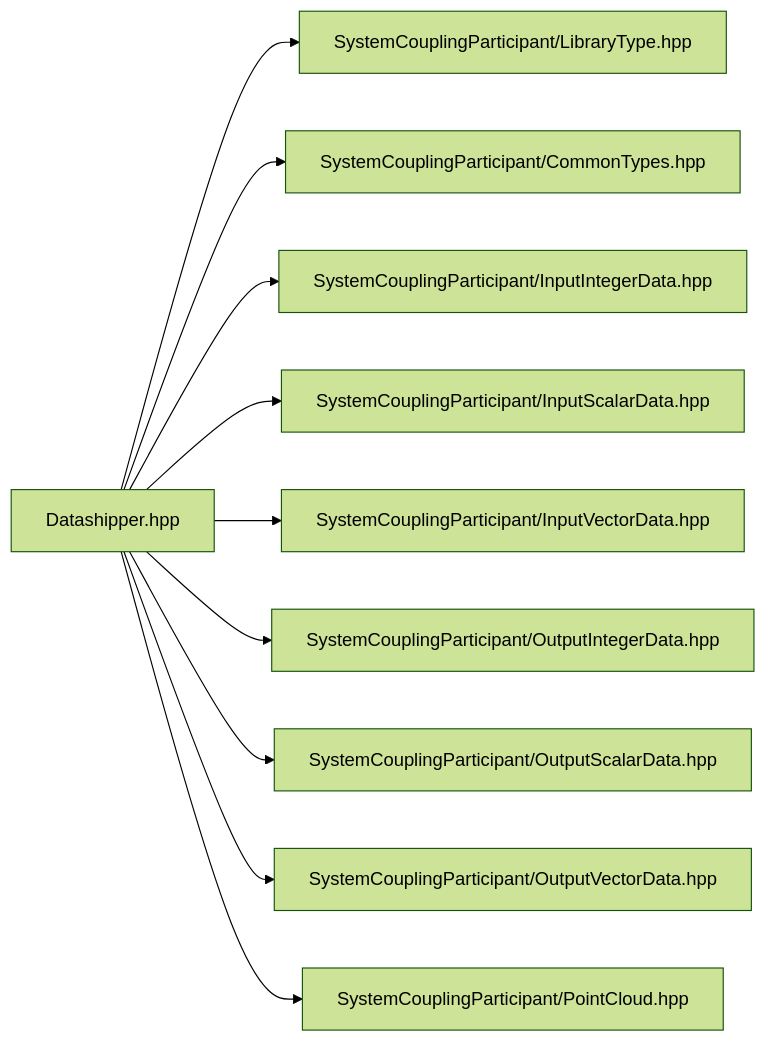
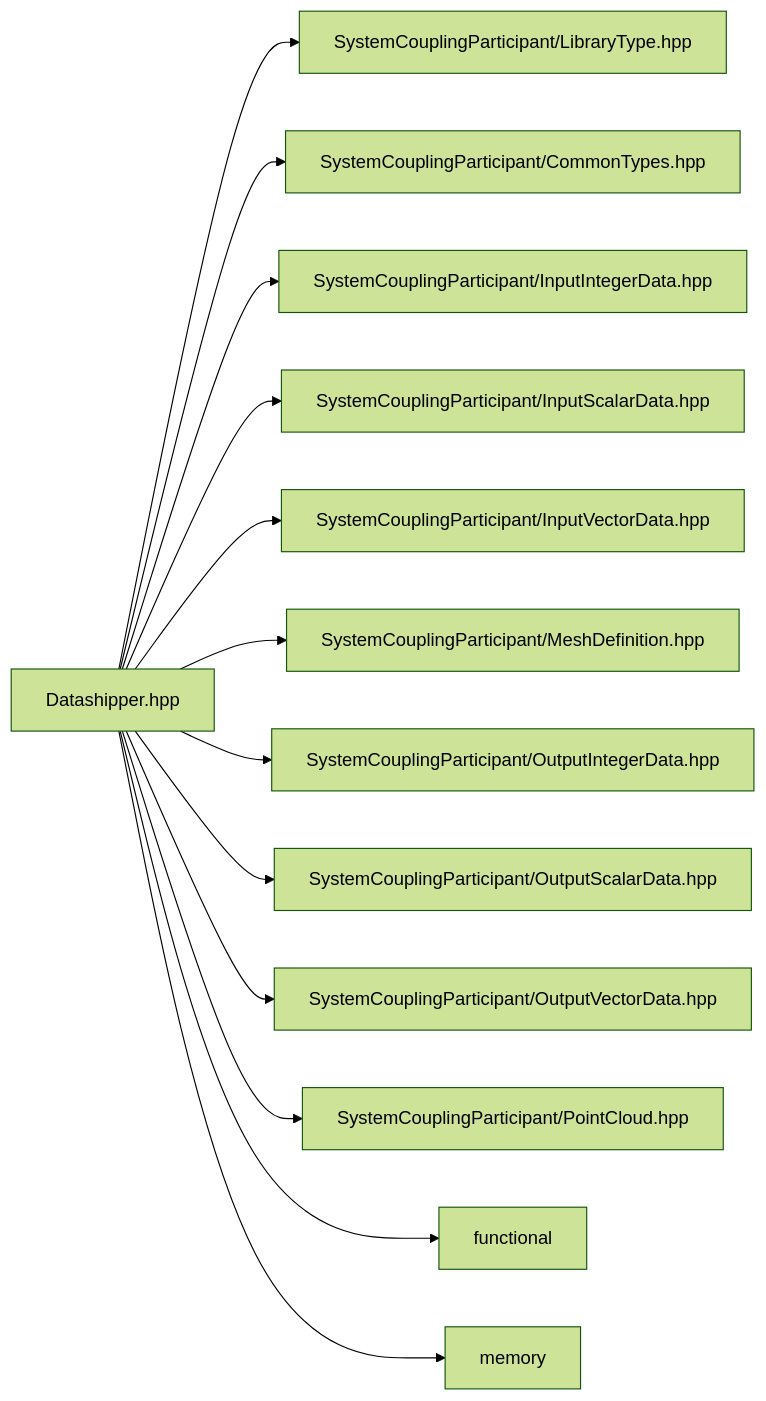
One commit to ansys/DevRelDocs changed the diagram in 2026R1/system-coupling-26-r1/articles/cpp-reference/Datashipper_8hpp.md. Above: the diagram before and after it, drawn with Mermaid (forest theme). The commit also changed other lines of this file and 377 other files, not shown here.

````diff
--- a/2026R1/system-coupling-26-r1/articles/cpp-reference/Datashipper_8hpp.md
+++ b/2026R1/system-coupling-26-r1/articles/cpp-reference/Datashipper_8hpp.md
@@ -27,33 +35,42 @@
 ```mermaid
 graph LR
-4["SystemCouplingParticipant/InputIntegerData.hpp"]
-
-6["SystemCouplingParticipant/InputVectorData.hpp"]
-
-5["SystemCouplingParticipant/InputScalarData.hpp"]
-
-10["SystemCouplingParticipant/PointCloud.hpp"]
-
-3["SystemCouplingParticipant/CommonTypes.hpp"]
-
-7["SystemCouplingParticipant/OutputIntegerData.hpp"]
-
-8["SystemCouplingParticipant/OutputScalarData.hpp"]
-
 1["Datashipper.hpp"]
 click 1 "Datashipper_8hpp.md#Datashipper_8hpp"
 1 --> 2
 1 --> 3
 1 --> 4
 1 --> 5
 1 --> 6
 1 --> 7
 1 --> 8
 1 --> 9
 1 --> 10
+1 --> 11
+1 --> 12
+1 --> 13
 
-9["SystemCouplingParticipant/OutputVectorData.hpp"]
+3["SystemCouplingParticipant/CommonTypes.hpp"]
+
+4["SystemCouplingParticipant/InputIntegerData.hpp"]
+
+5["SystemCouplingParticipant/InputScalarData.hpp"]
+
+6["SystemCouplingParticipant/InputVectorData.hpp"]
 
 2["SystemCouplingParticipant/LibraryType.hpp"]
 
+7["SystemCouplingParticipant/MeshDefinition.hpp"]
+
+8["SystemCouplingParticipant/OutputIntegerData.hpp"]
+
+9["SystemCouplingParticipant/OutputScalarData.hpp"]
+
+10["SystemCouplingParticipant/OutputVectorData.hpp"]
+
+11["SystemCouplingParticipant/PointCloud.hpp"]
+
+12["functional"]
+
+13["memory"]
+
 ```
````
